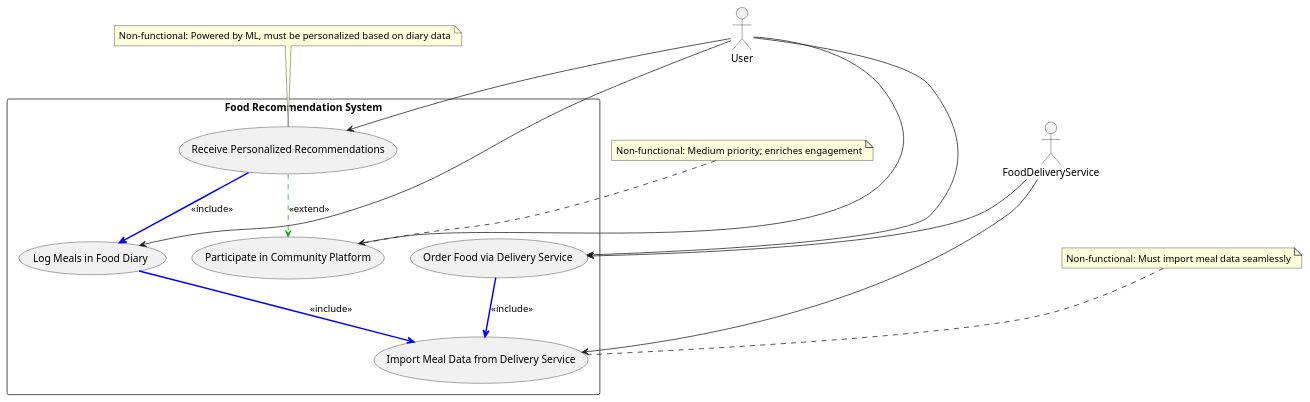
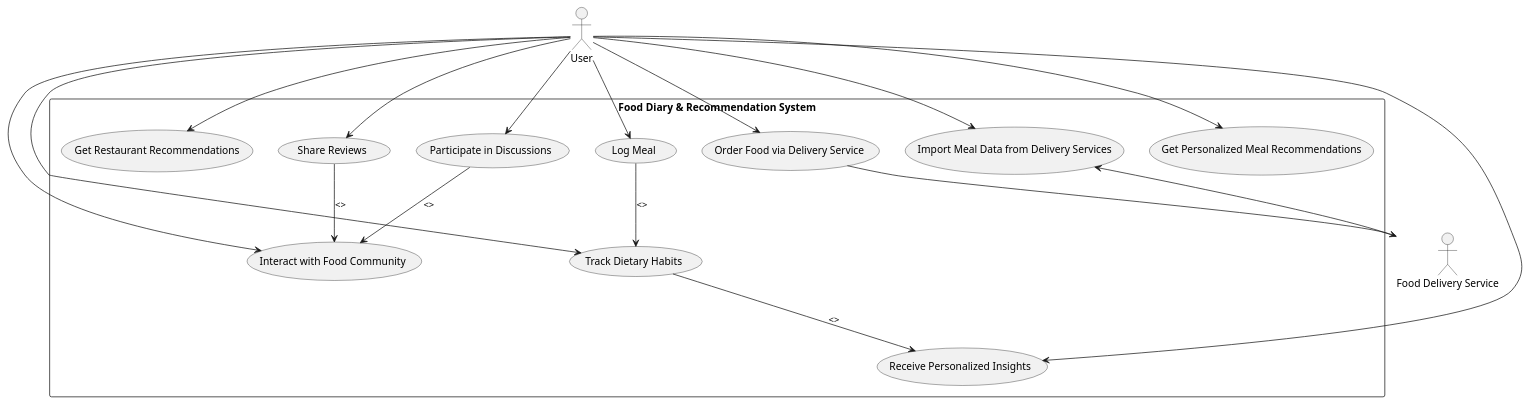
The diagram in FYP_secondhalf/langgraph_app/src/backend/output/outputeg.md (JingHuan921/secondhalf_coding), drawn with PlantUML before and after one commit. The commit also changed other lines of this file and 35 other files, not shown here.

```diff
--- a/FYP_secondhalf/langgraph_app/src/backend/output/outputeg.md
+++ b/FYP_secondhalf/langgraph_app/src/backend/output/outputeg.md
@@ -73,46 +122,67 @@
 @startuml
-' Actors definition
+' Actors
 actor User
-actor FoodDeliveryService as DeliveryService
+actor "Food Delivery Service" as FoodDeliveryService
 
-' System boundary definition
-rectangle "Food Recommendation System" {
-  ' Use case definitions
-  usecase "Log Meals in Food Diary" as UC_LogMeals
-  usecase "Import Meal Data from Delivery Service" as UC_ImportMeals
-  usecase "Receive Personalized Recommendations" as UC_GetRecommendations
-  usecase "Order Food via Delivery Service" as UC_OrderFood
-  usecase "Participate in Community Platform" as UC_Community
 
-  ' Include relationships
-  UC_LogMeals -[#0000FF,thickness=2]-> UC_ImportMeals : <<include>>
-  UC_OrderFood -[#0000FF,thickness=2]-> UC_ImportMeals : <<include>>
-  UC_GetRecommendations -[#0000FF,thickness=2]-> UC_LogMeals : <<include>>
+' System boundary for the Food Diary and Recommendation System
+rectangle "Food Diary & Recommendation System" {
 
-  ' Extend relationships
-  UC_GetRecommendations -[#00AA00,thickness=1,dashed]-> UC_Community : <<extend>>
+
+' Use cases related to food diary and meal tracking
+usecase "Log Meal" as UC_LogMeal
+usecase "Track Dietary Habits" as UC_TrackDiet
+usecase "Receive Personalized Insights" as UC_PersonalizedInsights
+usecase "Import Meal Data from Delivery Services" as UC_ImportMealData
+
+
+' Use cases related to recommendations
+usecase "Get Personalized Meal Recommendations" as UC_GetMealRec
+usecase "Get Restaurant Recommendations" as UC_GetRestRec
+
+
+' Community and social features
+usecase "Share Reviews" as UC_ShareReviews
+usecase "Interact with Food Community" as UC_InteractCommunity
+usecase "Participate in Discussions" as UC_ParticipateDiscussions
+
+
+' Food ordering and integration features
+usecase "Order Food via Delivery Service" as UC_OrderFood
+
+
 }
 
-' Associations
-User --> UC_LogMeals
-User --> UC_GetRecommendations
+
+' Associations between actors and use cases
+User --> UC_LogMeal
+User --> UC_TrackDiet
+User --> UC_PersonalizedInsights
+User --> UC_ImportMealData
+User --> UC_GetMealRec
+User --> UC_GetRestRec
+User --> UC_ShareReviews
+User --> UC_InteractCommunity
+User --> UC_ParticipateDiscussions
 User --> UC_OrderFood
-User --> UC_Community
 
-DeliveryService --> UC_ImportMeals
-DeliveryService --> UC_OrderFood
 
-' Non-functional requirements as notes
-note top of UC_ImportMeals
-  Non-functional: Must import meal data seamlessly
-end note
+' Integration with external food delivery service
+UC_ImportMealData <-- FoodDeliveryService
+UC_OrderFood --> FoodDeliveryService
 
-note top of UC_GetRecommendations
-  Non-functional: Powered by ML, must be personalized based on diary data
-end note
 
-note top of UC_Community
-  Non-functional: Medium priority; enriches engagement
-end note
+' Use case relationships for modularity
+UC_LogMeal --> UC_TrackDiet : <>
+UC_TrackDiet --> UC_PersonalizedInsights : <>
+UC_ShareReviews --> UC_InteractCommunity : <>
+UC_ParticipateDiscussions --> UC_InteractCommunity : <>
+
+
+' Notes for non-functional requirements (not present in this SRL, placeholder for future)
+' note right of rectangle "Food Diary & Recommendation System"
+'   Non-functional requirements (e.g., performance, scalability) can be specified here.
+' end note
+
 
 @enduml
```
